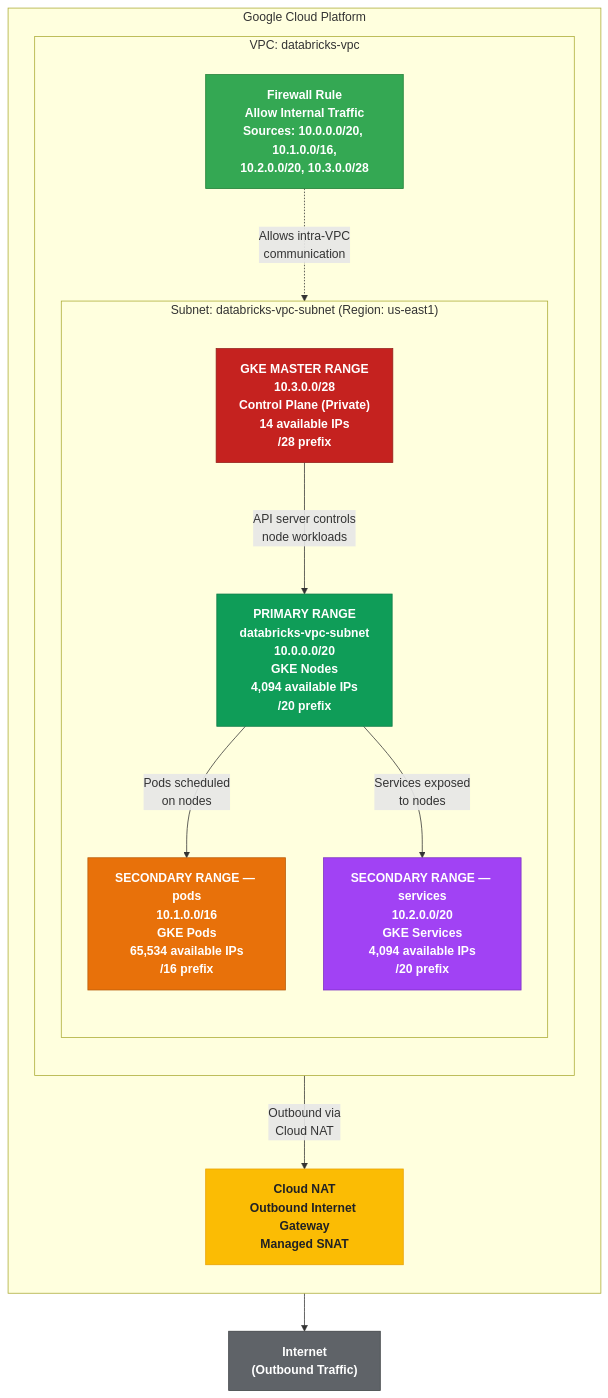
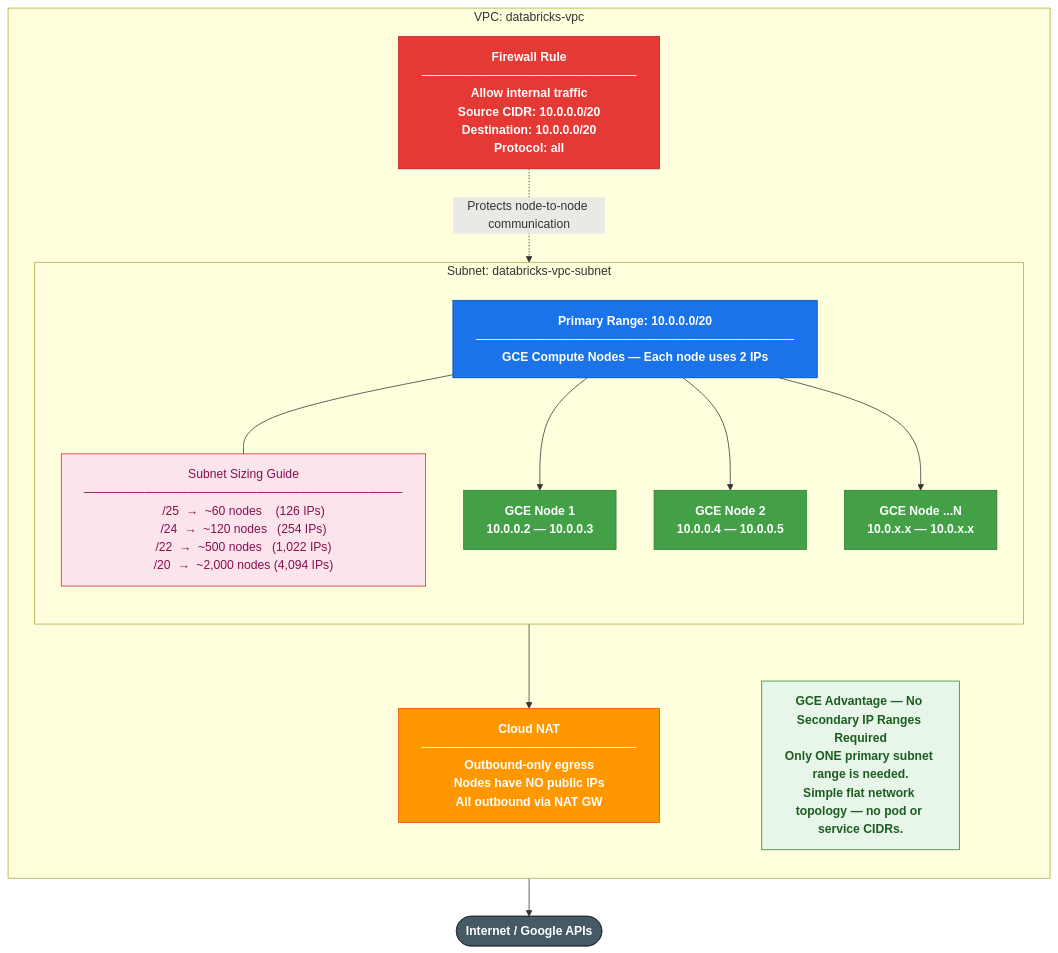
One commit to juliandrof/terraform-databricks-gcp-cmvpc changed the diagram in images/network.mmd. Above: the diagram before and after it, drawn with Mermaid. The commit also changed 11 other files, not shown here.

First line of the commit message:
Migrate from GKE to GCE compute architecture

```diff
--- a/images/network.mmd
+++ b/images/network.mmd
@@ -1,44 +1,59 @@
 flowchart TB
-    classDef vpcStyle fill:#1a73e8,stroke:#0d47a1,color:#ffffff,font-weight:bold
-    classDef subnetStyle fill:#4285f4,stroke:#1a73e8,color:#ffffff,font-weight:bold
-    classDef primaryRange fill:#0f9d58,stroke:#0b7a45,color:#ffffff,font-weight:bold
-    classDef podsRange fill:#e8710a,stroke:#b85c08,color:#ffffff,font-weight:bold
-    classDef servicesRange fill:#a142f4,stroke:#7c2fc2,color:#ffffff,font-weight:bold
-    classDef masterRange fill:#c5221f,stroke:#922019,color:#ffffff,font-weight:bold
-    classDef natStyle fill:#fbbc04,stroke:#e8a000,color:#202124,font-weight:bold
-    classDef firewallStyle fill:#34a853,stroke:#1e7e34,color:#ffffff,font-weight:bold
-    classDef internetStyle fill:#5f6368,stroke:#3c4043,color:#ffffff,font-weight:bold
-    classDef gcpStyle fill:#e8f0fe,stroke:#4285f4,color:#202124
+    classDef primaryRangeStyle fill:#1a73e8,stroke:#0d47a1,color:#ffffff,font-weight:bold
+    classDef sizingStyle fill:#fce4ec,stroke:#c62828,color:#880e4f,font-weight:normal
+    classDef nodeStyle fill:#43a047,stroke:#2e7d32,color:#ffffff,font-weight:bold
+    classDef natStyle fill:#ff9800,stroke:#e65100,color:#ffffff,font-weight:bold
+    classDef fwStyle fill:#e53935,stroke:#b71c1c,color:#ffffff,font-weight:bold
+    classDef advantageStyle fill:#e8f5e9,stroke:#2e7d32,color:#1b5e20,font-weight:bold
+    classDef internetStyle fill:#455a64,stroke:#263238,color:#ffffff,font-weight:bold
 
-    INTERNET["Internet\n(Outbound Traffic)"]:::internetStyle
+    INTERNET(["Internet / Google APIs"]):::internetStyle
 
-    subgraph GCP["Google Cloud Platform"]
+    subgraph VPC["  VPC: databricks-vpc  "]
         direction TB
 
-        NAT["Cloud NAT\nOutbound Internet Gateway\nManaged SNAT"]:::natStyle
+        FW["Firewall Rule
+─────────────────────────
+Allow internal traffic
+Source CIDR: 10.0.0.0/20
+Destination: 10.0.0.0/20
+Protocol: all"]:::fwStyle
 
-        subgraph VPC["VPC: databricks-vpc"]
+        subgraph SUBNET["  Subnet: databricks-vpc-subnet  "]
             direction TB
 
-            FW["Firewall Rule\nAllow Internal Traffic\nSources: 10.0.0.0/20, 10.1.0.0/16,\n10.2.0.0/20, 10.3.0.0/28"]:::firewallStyle
+            PRIMARY["Primary Range: 10.0.0.0/20
+─────────────────────────────────────
+GCE Compute Nodes — Each node uses 2 IPs"]:::primaryRangeStyle
 
-            subgraph SUBNET["Subnet: databricks-vpc-subnet  (Region: us-east1)"]
-                direction TB
+            SIZING["Subnet Sizing Guide
+─────────────────────────────────────
+/25  →  ~60 nodes    (126 IPs)
+/24  →  ~120 nodes   (254 IPs)
+/22  →  ~500 nodes   (1,022 IPs)
+/20  →  ~2,000 nodes (4,094 IPs)"]:::sizingStyle
 
-                PRIMARY["PRIMARY RANGE\ndatabricks-vpc-subnet\n10.0.0.0/20\nGKE Nodes\n4,094 available IPs\n/20 prefix"]:::primaryRange
+            NODE1["GCE Node 1
+10.0.0.2 — 10.0.0.3"]:::nodeStyle
+            NODE2["GCE Node 2
+10.0.0.4 — 10.0.0.5"]:::nodeStyle
+            NODE3["GCE Node ...N
+10.0.x.x — 10.0.x.x"]:::nodeStyle
+        end
 
-                PODS["SECONDARY RANGE — pods\n10.1.0.0/16\nGKE Pods\n65,534 available IPs\n/16 prefix"]:::podsRange
+        NAT["Cloud NAT
+─────────────────────────
+Outbound-only egress
+Nodes have NO public IPs
+All outbound via NAT GW"]:::natStyle
 
-                SERVICES["SECONDARY RANGE — services\n10.2.0.0/20\nGKE Services\n4,094 available IPs\n/20 prefix"]:::servicesRange
-
-                MASTER["GKE MASTER RANGE\n10.3.0.0/28\nControl Plane (Private)\n14 available IPs\n/28 prefix"]:::masterRange
-            end
-        end
+        ADVANTAGE["GCE Advantage — No Secondary IP Ranges Required
+Only ONE primary subnet range is needed.
+Simple flat network topology — no pod or service CIDRs."]:::advantageStyle
     end
 
-    PRIMARY -- "Pods scheduled\non nodes" --> PODS
-    PRIMARY -- "Services exposed\nto nodes" --> SERVICES
-    MASTER -- "API server controls\nnode workloads" --> PRIMARY
-    FW -. "Allows intra-VPC\ncommunication" .-> SUBNET
-    PRIMARY -- "Outbound via\nCloud NAT" --> NAT
+    PRIMARY --- SIZING
+    PRIMARY --> NODE1 & NODE2 & NODE3
+    FW -. "Protects node-to-node communication" .-> SUBNET
+    SUBNET --> NAT
     NAT --> INTERNET
```
